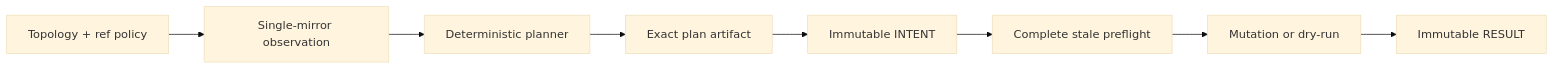
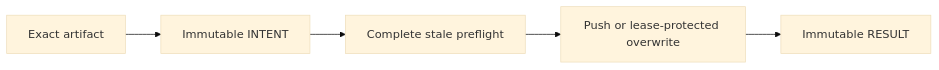
Before and after one commit to hackelia-micrantha/repora: the third of 3 diagrams in README.md, drawn with Mermaid (base theme). The commit also changed other lines of this file, not shown here.

Commit message:
Update capabilities for multi-mirror dry-run

````diff
--- a/README.md
+++ b/README.md
@@ -75,10 +84,7 @@
 ```mermaid
 flowchart LR
-    Topology[Topology + ref policy] --> Observe[Single-mirror observation]
-    Observe --> Planner[Deterministic planner]
-    Planner --> Artifact[Exact plan artifact]
-    Artifact --> Intent[Immutable INTENT]
+    Artifact[Exact artifact] --> Intent[Immutable INTENT]
     Intent --> Preflight[Complete stale preflight]
-    Preflight --> Executor[Mutation or dry-run]
+    Preflight --> Executor[Push or lease-protected overwrite]
     Executor --> Result[Immutable RESULT]
 ```
````
